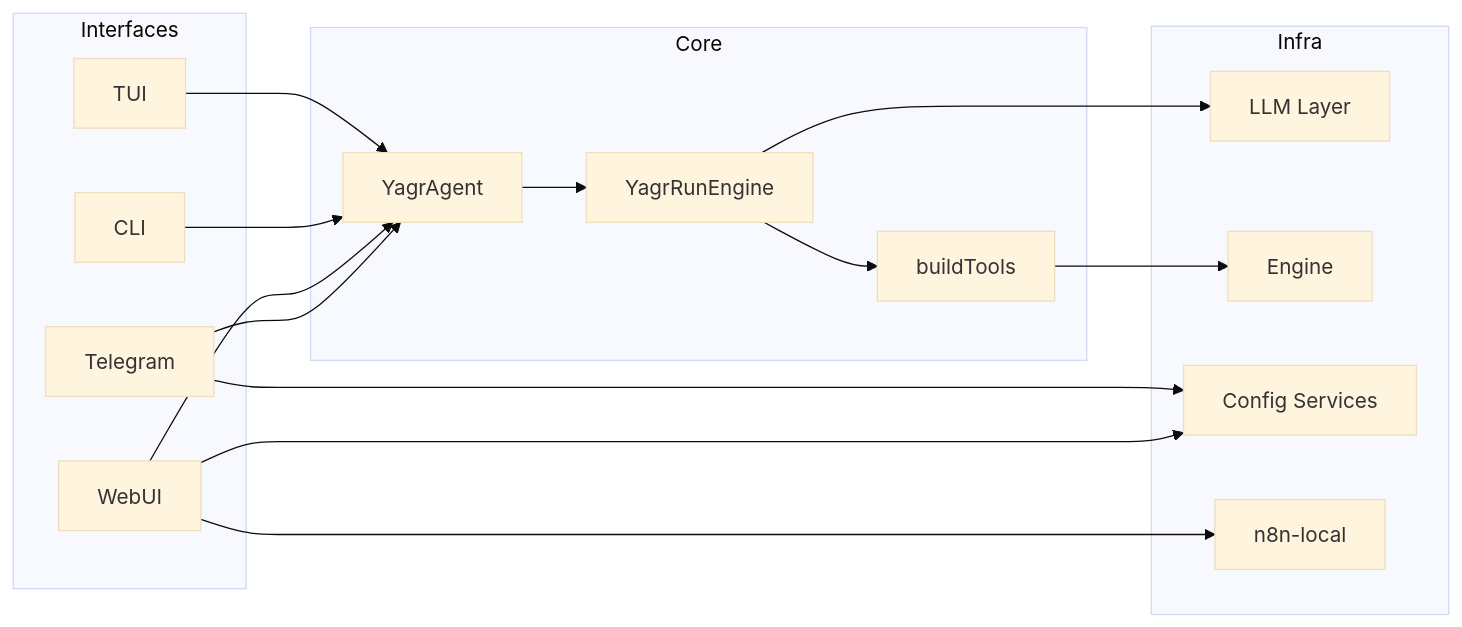
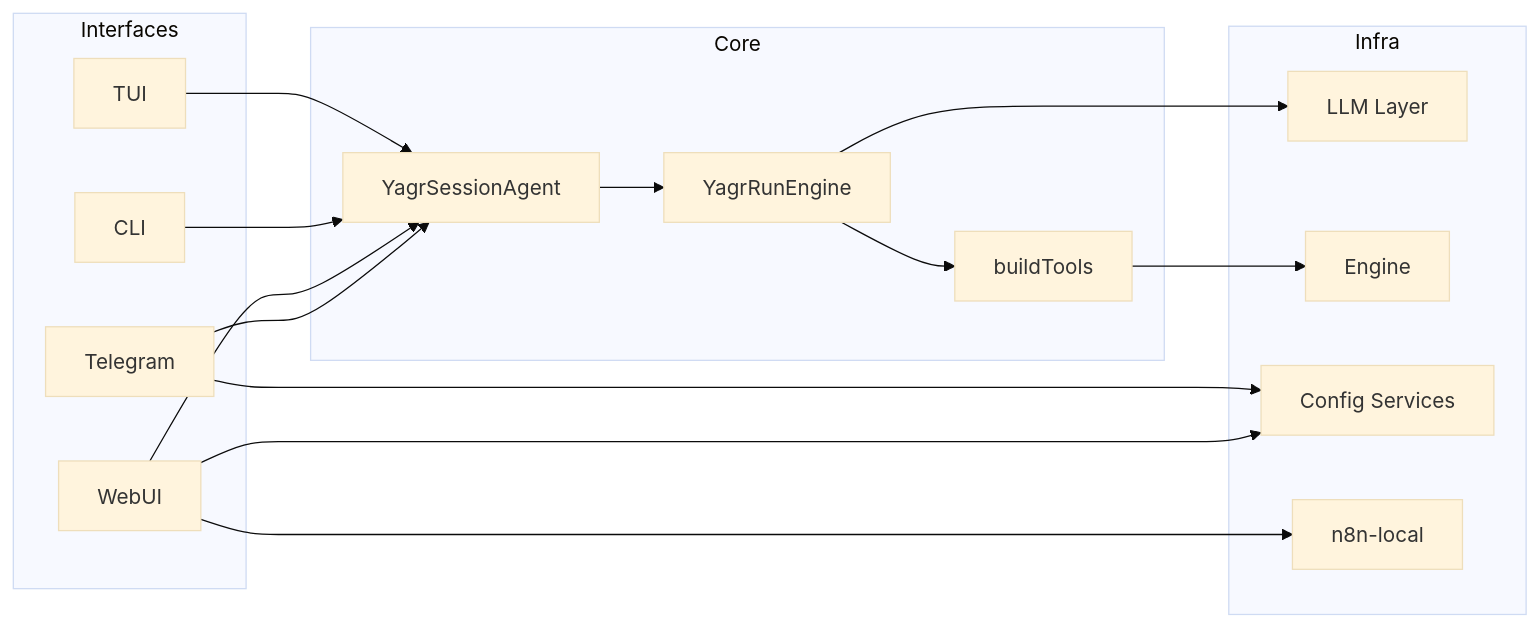
The second of 2 diagrams in architecture/current/system-overview.md (EtienneLescot/yagr), drawn with Mermaid (base theme) before and after one commit. The commit also changed other lines of this file and 12 other files, not shown here.

````diff
--- a/architecture/current/system-overview.md
+++ b/architecture/current/system-overview.md
@@ -149,34 +155,34 @@
 ```mermaid
 flowchart LR
     subgraph Interfaces
       TG[Telegram]
       WEB[WebUI]
       CLI[CLI]
       TUI[TUI]
     end
 
     subgraph Core
-      AG[YagrAgent]
+      AG[YagrSessionAgent]
       RE[YagrRunEngine]
       TOOLS[buildTools]
     end
 
     subgraph Infra
       LLM[LLM Layer]
       ENG[Engine]
       CFG[Config Services]
       N8NLOCAL[n8n-local]
     end
 
     TG --> AG
     WEB --> AG
     CLI --> AG
     TUI --> AG
     AG --> RE
     RE --> LLM
     RE --> TOOLS
     TOOLS --> ENG
     WEB --> CFG
     TG --> CFG
     WEB --> N8NLOCAL
 ```
````
